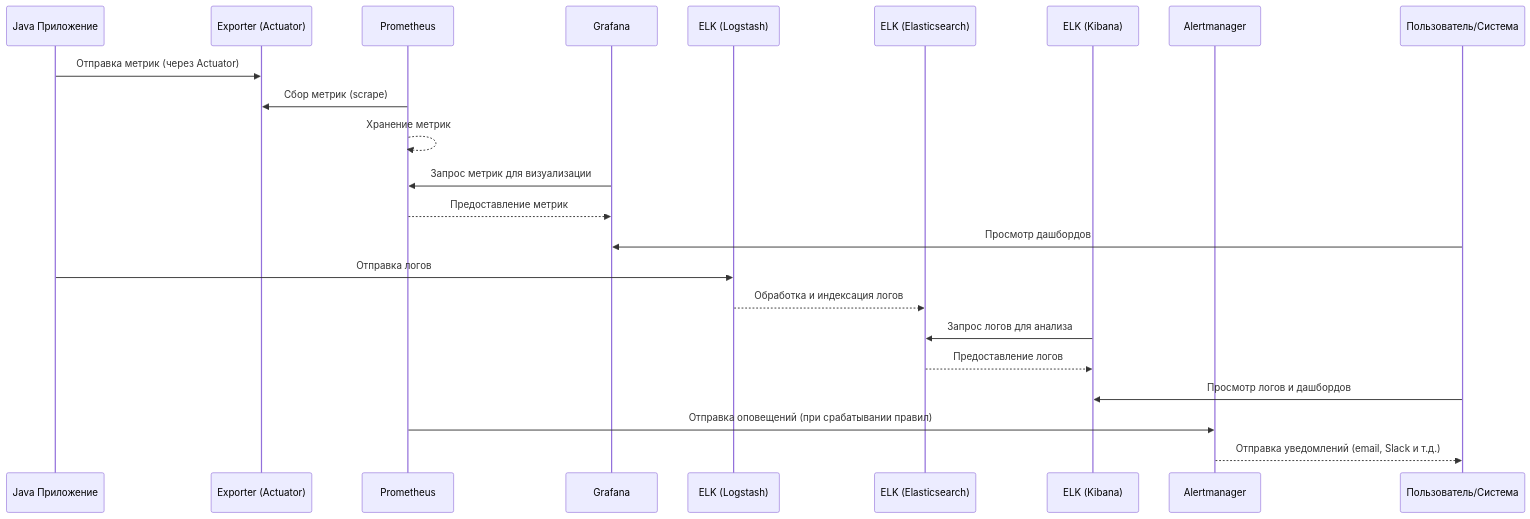
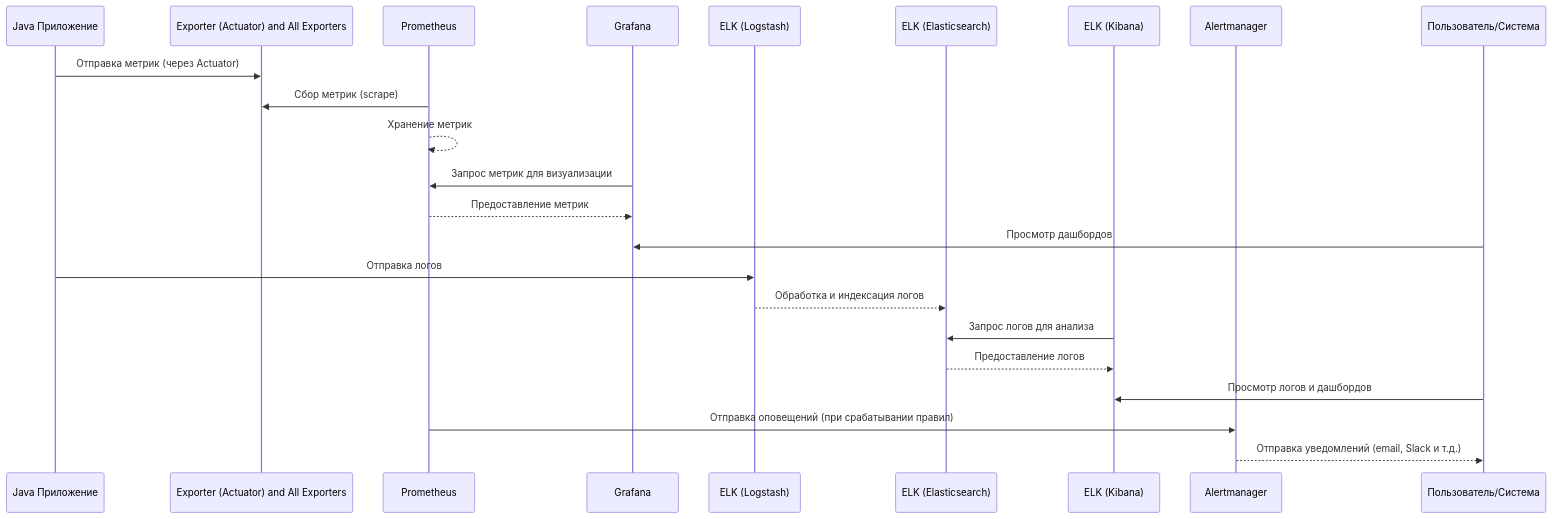
The diagram in navigation/public_repository/example-pet.md (lamjob1993/linux-monitoring), drawn with Mermaid before and after one commit.

````diff
--- a/navigation/public_repository/example-pet.md
+++ b/navigation/public_repository/example-pet.md
@@ -7,28 +7,28 @@
 ```mermaid
 sequenceDiagram
     participant JA as Java Приложение
-    participant EXP as Exporter (Actuator)
+    participant EXP as Exporter (Actuator) and All Exporters
     participant PROM as Prometheus
     participant GRAF as Grafana
     participant LS as ELK (Logstash)
     participant ES as ELK (Elasticsearch)
     participant KIB as ELK (Kibana)
     participant AM as Alertmanager
     participant User as Пользователь/Система
 
     JA->>EXP: Отправка метрик (через Actuator)
     PROM->>EXP: Сбор метрик (scrape)
     PROM-->>PROM: Хранение метрик
     GRAF->>PROM: Запрос метрик для визуализации
     PROM-->>GRAF: Предоставление метрик
     User->>GRAF: Просмотр дашбордов
 
     JA->>LS: Отправка логов
     LS-->>ES: Обработка и индексация логов
     KIB->>ES: Запрос логов для анализа
     ES-->>KIB: Предоставление логов
     User->>KIB: Просмотр логов и дашбордов
 
     PROM->>AM: Отправка оповещений (при срабатывании правил)
     AM-->>User: Отправка уведомлений (email, Slack и т.д.)
 ```
````
